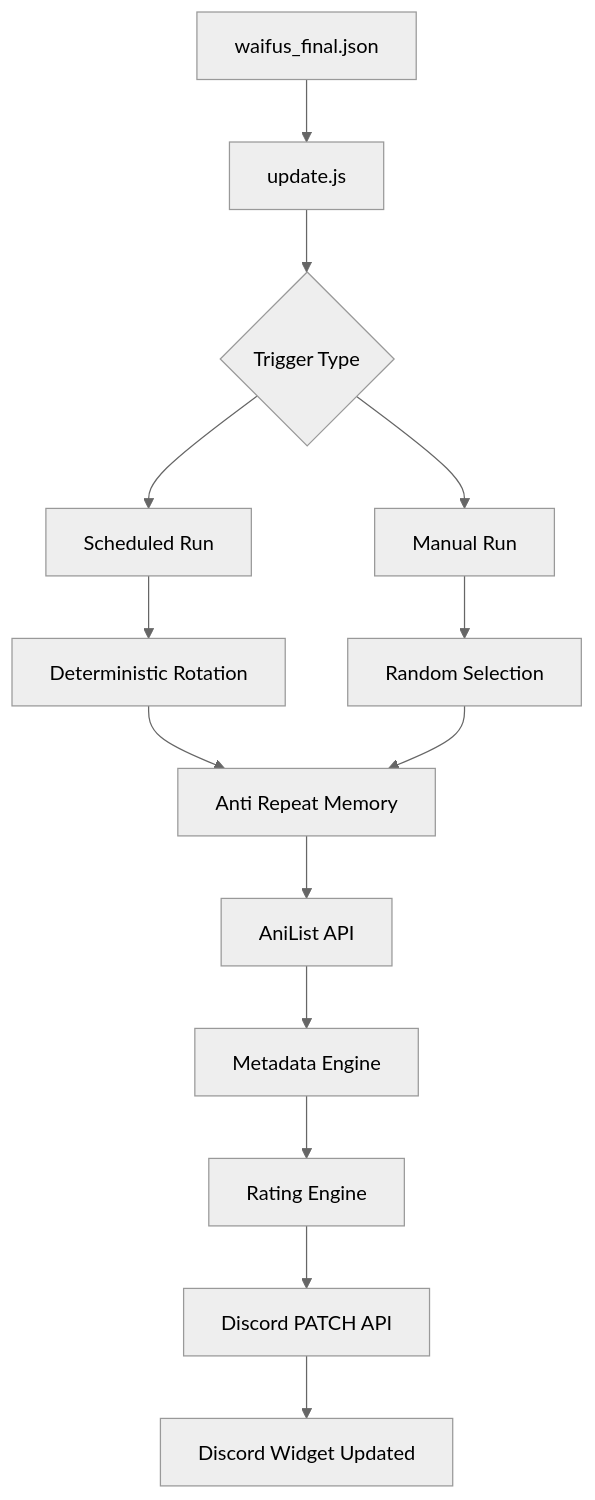
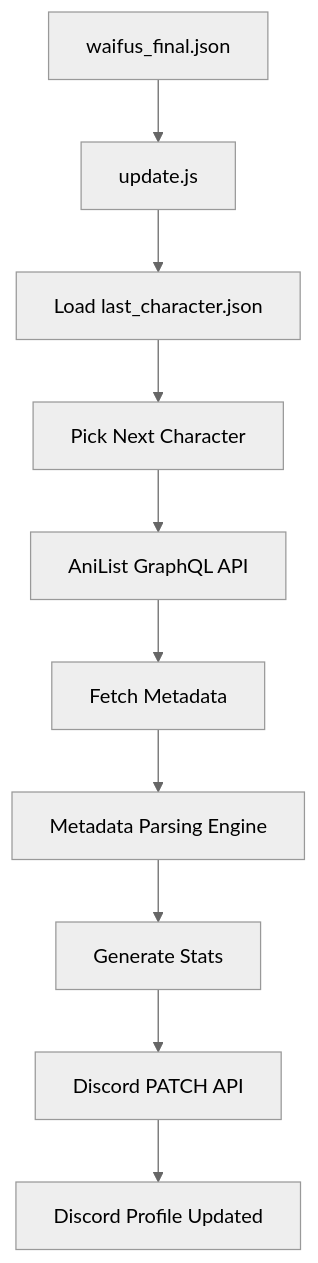
One commit to MeYashverma/discord-waifu-widget changed the first of 6 diagrams in README.md. Above: the diagram before and after it, drawn with Mermaid (neutral theme). The commit also changed other lines of this file, not shown here.

First line of the commit message:
Revise README for widget updates and features

````diff
--- a/README.md
+++ b/README.md
@@ -65,29 +75,21 @@
 ```mermaid
 flowchart TD
 
 A[waifus_final.json] --> B[update.js]
 
-B --> C{Trigger Type}
+B --> C[Load last_character.json]
 
-C --> D[Scheduled Run]
+C --> D[Pick Next Character]
 
-C --> E[Manual Run]
+D --> E[AniList GraphQL API]
 
-D --> F[Deterministic Rotation]
+E --> F[Fetch Metadata]
 
-E --> G[Random Selection]
+F --> G[Metadata Parsing Engine]
 
-F --> H[Anti Repeat Memory]
+G --> H[Generate Stats]
 
-G --> H
+H --> I[Discord PATCH API]
 
-H --> I[AniList API]
-
-I --> J[Metadata Engine]
-
-J --> K[Rating Engine]
-
-K --> L[Discord PATCH API]
-
-L --> M[Discord Widget Updated]
+I --> J[Discord Profile Updated]
 ```
````
